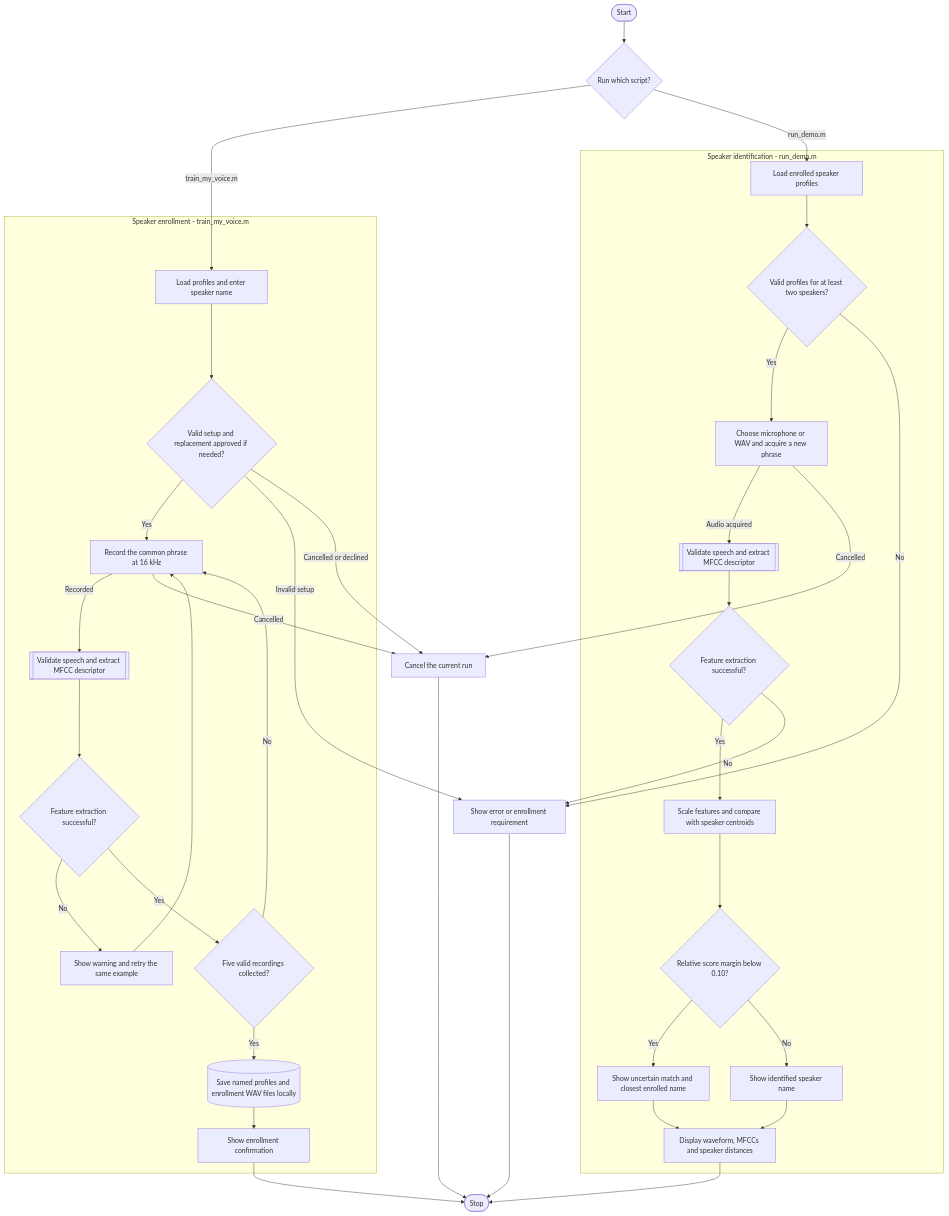
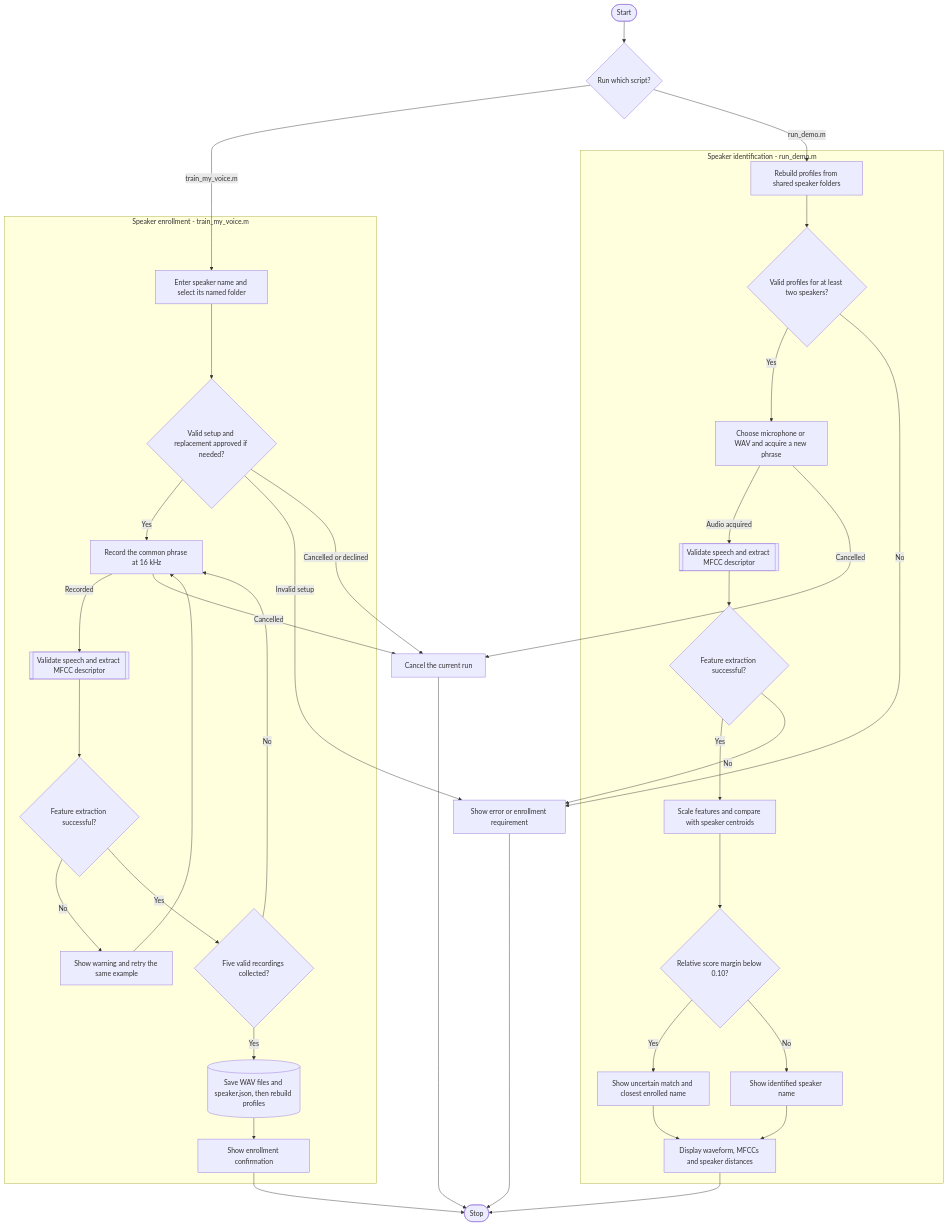
The diagram in readme.md (sarveshnimbalkar/VOICE-RECOGNITION-SNS), drawn with Mermaid before and after one commit. The commit also changed other lines of this file and 11 other files, not shown here.

Commit message:
Use named speaker folders and rebuild profiles from shared recordings

````diff
--- a/readme.md
+++ b/readme.md
@@ -9,64 +9,64 @@
 ```mermaid
 flowchart TD
     startNode(["Start"]) --> scriptChoice{"Run which script?"}
 
     subgraph enrollment ["Speaker enrollment - train_my_voice.m"]
-        enrollSetup["Load profiles and enter speaker name"]
+        enrollSetup["Enter speaker name and select its named folder"]
         enrollReady{"Valid setup and replacement approved if needed?"}
         enrollRecord["Record the common phrase at 16 kHz"]
         enrollFeatures[["Validate speech and extract MFCC descriptor"]]
         enrollValid{"Feature extraction successful?"}
         enrollRetry["Show warning and retry the same example"]
         fiveComplete{"Five valid recordings collected?"}
-        profileStore[("Save named profiles and enrollment WAV files locally")]
+        profileStore[("Save WAV files and speaker.json, then rebuild profiles")]
         enrollSuccess["Show enrollment confirmation"]
 
         enrollSetup --> enrollReady
         enrollReady -->|"Yes"| enrollRecord
         enrollRecord -->|"Recorded"| enrollFeatures
         enrollFeatures --> enrollValid
         enrollValid -->|"No"| enrollRetry
         enrollRetry --> enrollRecord
         enrollValid -->|"Yes"| fiveComplete
         fiveComplete -->|"No"| enrollRecord
         fiveComplete -->|"Yes"| profileStore
         profileStore --> enrollSuccess
     end
 
     subgraph identification ["Speaker identification - run_demo.m"]
-        loadProfiles["Load enrolled speaker profiles"]
+        loadProfiles["Rebuild profiles from shared speaker folders"]
         profilesReady{"Valid profiles for at least two speakers?"}
         acquireAudio["Choose microphone or WAV and acquire a new phrase"]
         queryFeatures[["Validate speech and extract MFCC descriptor"]]
         queryValid{"Feature extraction successful?"}
         matchSpeakers["Scale features and compare with speaker centroids"]
         marginCheck{"Relative score margin below 0.10?"}
         uncertainResult["Show uncertain match and closest enrolled name"]
         identifiedResult["Show identified speaker name"]
         showPlots["Display waveform, MFCCs and speaker distances"]
 
         loadProfiles --> profilesReady
         profilesReady -->|"Yes"| acquireAudio
         acquireAudio -->|"Audio acquired"| queryFeatures
         queryFeatures --> queryValid
         queryValid -->|"Yes"| matchSpeakers
         matchSpeakers --> marginCheck
         marginCheck -->|"Yes"| uncertainResult
         marginCheck -->|"No"| identifiedResult
         uncertainResult --> showPlots
         identifiedResult --> showPlots
     end
 
     scriptChoice -->|"train_my_voice.m"| enrollSetup
     scriptChoice -->|"run_demo.m"| loadProfiles
     enrollReady -->|"Invalid setup"| showError["Show error or enrollment requirement"]
     enrollReady -->|"Cancelled or declined"| cancelled["Cancel the current run"]
     enrollRecord -->|"Cancelled"| cancelled
     profilesReady -->|"No"| showError
     acquireAudio -->|"Cancelled"| cancelled
     queryValid -->|"No"| showError
     enrollSuccess --> stopNode(["Stop"])
     showPlots --> stopNode
     showError --> stopNode
     cancelled --> stopNode
 ```
````
